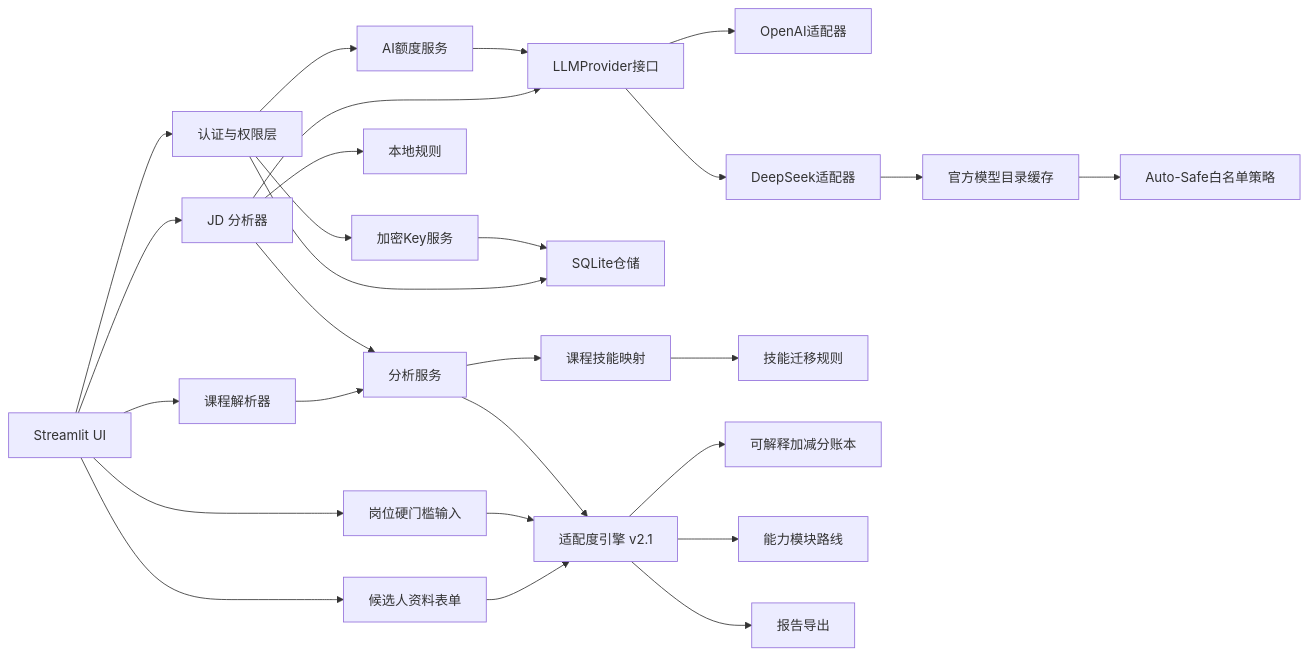
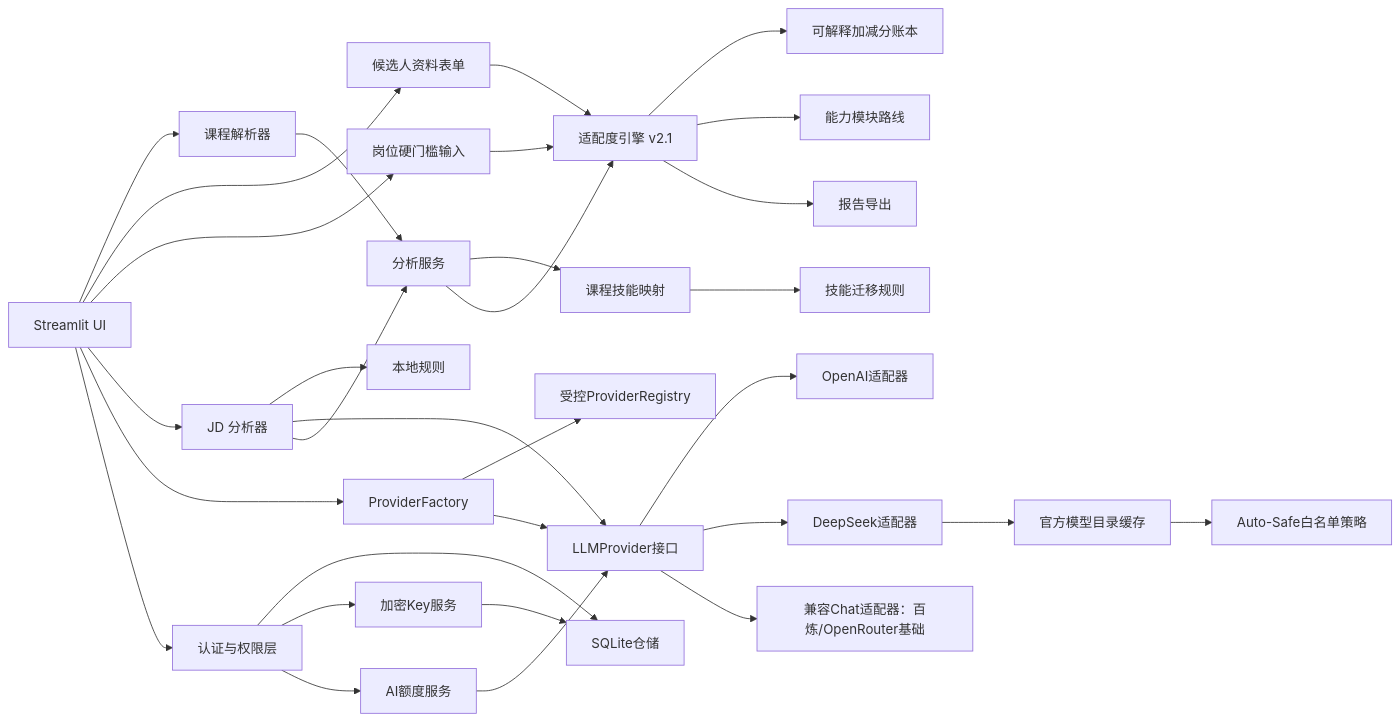
One commit to tcjyq/mhj-course2career changed the diagram in docs/architecture.md. Above: the diagram before and after it, drawn with Mermaid. The commit also changed other lines of this file and 21 other files, not shown here.

````diff
--- a/docs/architecture.md
+++ b/docs/architecture.md
@@ -7,29 +7,33 @@
 ```mermaid
 flowchart LR
     UI["Streamlit UI"] --> CP["课程解析器"]
     UI --> PROFILE["候选人资料表单"]
     UI --> GATE["岗位硬门槛输入"]
     UI --> JD["JD 分析器"]
     JD --> RULE["本地规则"]
     JD --> LLM["LLMProvider接口"]
+    UI --> FACTORY["ProviderFactory"]
+    FACTORY --> REGISTRY["受控ProviderRegistry"]
+    FACTORY --> LLM
     LLM --> OPENAI["OpenAI适配器"]
     LLM --> DEEPSEEK["DeepSeek适配器"]
+    LLM --> COMPAT["兼容Chat适配器：百炼/OpenRouter基础"]
     DEEPSEEK --> CATALOG["官方模型目录缓存"]
     CATALOG --> POLICY["Auto-Safe白名单策略"]
     UI --> AUTH["认证与权限层"]
     AUTH --> DB["SQLite仓储"]
     AUTH --> KEYS["加密Key服务"]
     KEYS --> DB
     AUTH --> USAGE["AI额度服务"]
     USAGE --> LLM
     CP --> SERVICE["分析服务"]
     PROFILE --> ADAPT["适配度引擎 v2.1"]
     GATE --> ADAPT
     JD --> SERVICE
     SERVICE --> MAP["课程技能映射"]
     MAP --> TRANSFER["技能迁移规则"]
     SERVICE --> ADAPT
     ADAPT --> LEDGER["可解释加减分账本"]
     ADAPT --> PATH["能力模块路线"]
     ADAPT --> REPORT["报告导出"]
 ```
````
